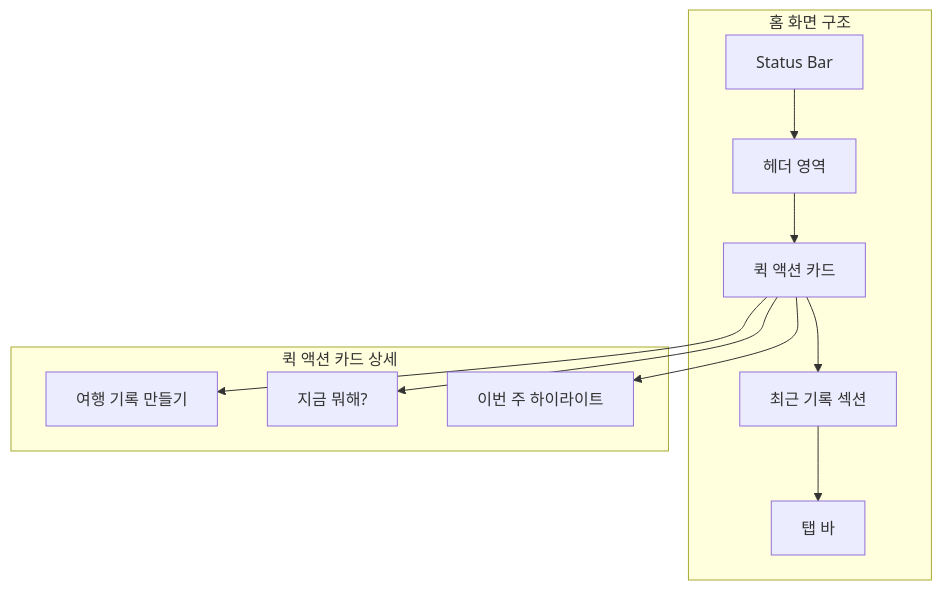
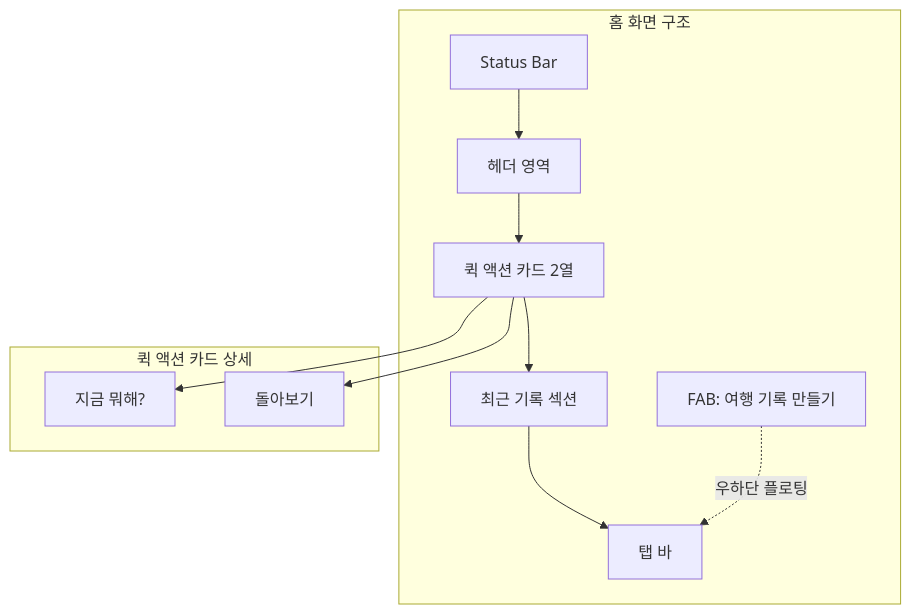
One commit to leonardo204/Wander changed the fifth of 41 diagrams in Ref-Concepts/wander_ui_scenario.md. Above: the diagram before and after it, drawn with Mermaid. The commit also changed other lines of this file and 17 other files, not shown here.

````diff
--- a/Ref-Concepts/wander_ui_scenario.md
+++ b/Ref-Concepts/wander_ui_scenario.md
@@ -306,21 +325,22 @@
 ```mermaid
 graph TB
     subgraph "홈 화면 구조"
         A[Status Bar]
         B[헤더 영역]
-        C[퀵 액션 카드]
+        C[퀵 액션 카드 2열]
         D[최근 기록 섹션]
         E[탭 바]
+        F[FAB: 여행 기록 만들기]
     end
 
     A --> B
     B --> C
     C --> D
     D --> E
+    F -.->|우하단 플로팅| E
 
     subgraph "퀵 액션 카드 상세"
-        C --> F[여행 기록 만들기]
         C --> G[지금 뭐해?]
-        C --> H[이번 주 하이라이트]
+        C --> H[돌아보기]
     end
 ```
````
